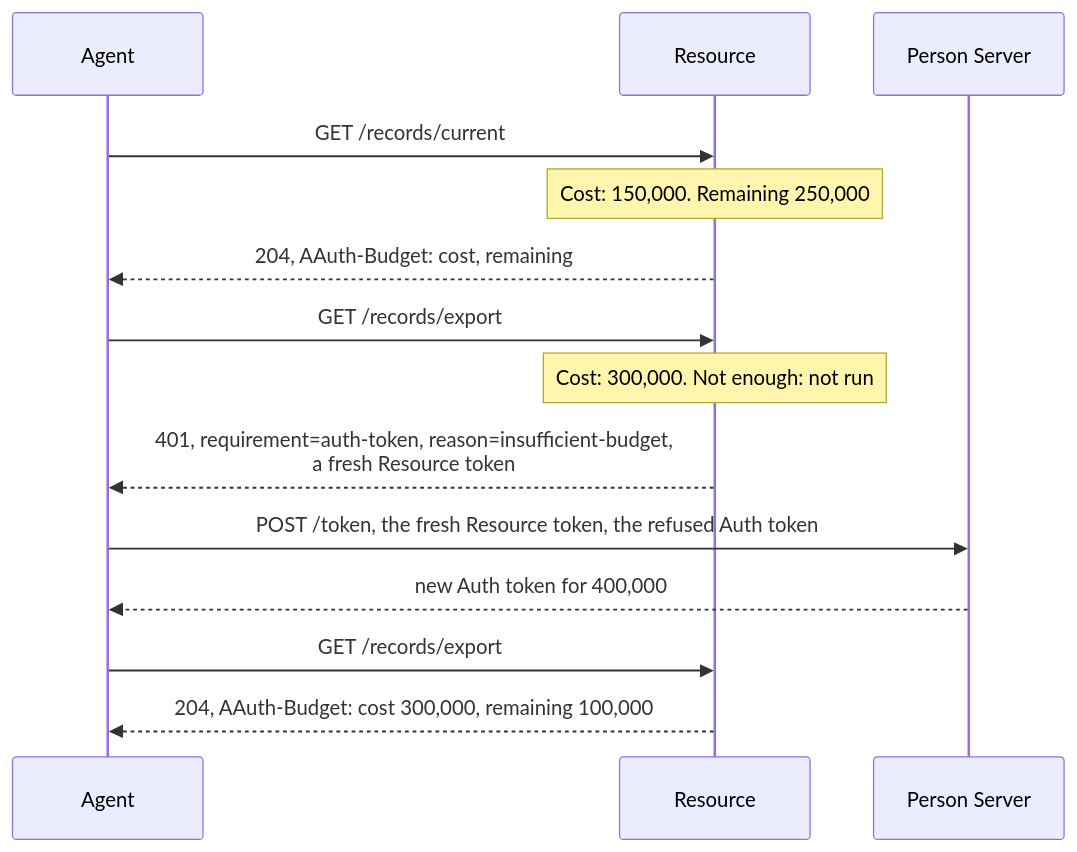
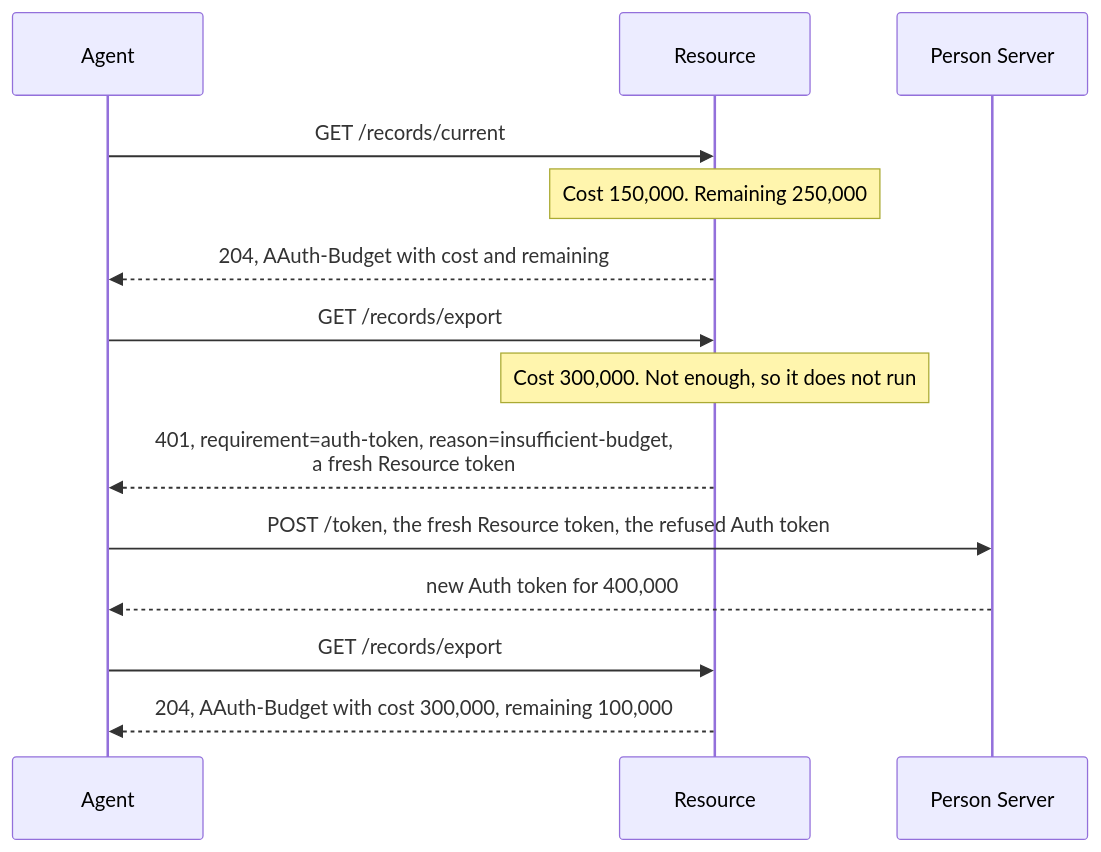
One commit to sidecat-dev/aauth-go changed the diagram in docs/features/budgets.md. Above: the diagram before and after it, drawn with Mermaid. The commit also changed 14 other files, not shown here.

First line of the commit message:
docs: make every mermaid diagram render on GitLab

````diff
--- a/docs/features/budgets.md
+++ b/docs/features/budgets.md
@@ -20,16 +20,16 @@
 ```mermaid
 sequenceDiagram
     participant Agent
     participant Resource
     participant PS as Person Server
-    Agent->>Resource: GET /records/current
-    Note over Resource: Cost: 150,000. Remaining 250,000
-    Resource-->>Agent: 204, AAuth-Budget: cost, remaining
-    Agent->>Resource: GET /records/export
-    Note over Resource: Cost: 300,000. Not enough: not run
-    Resource-->>Agent: 401, requirement=auth-token, reason=insufficient-budget,<br/>a fresh Resource token
-    Agent->>PS: POST /token, the fresh Resource token, the refused Auth token
-    PS-->>Agent: new Auth token for 400,000
-    Agent->>Resource: GET /records/export
-    Resource-->>Agent: 204, AAuth-Budget: cost 300,000, remaining 100,000
+    Agent->>Resource : GET /records/current
+    Note over Resource : Cost 150,000. Remaining 250,000
+    Resource-->>Agent : 204, AAuth-Budget with cost and remaining
+    Agent->>Resource : GET /records/export
+    Note over Resource : Cost 300,000. Not enough, so it does not run
+    Resource-->>Agent : 401, requirement=auth-token, reason=insufficient-budget,<br/>a fresh Resource token
+    Agent->>PS : POST /token, the fresh Resource token, the refused Auth token
+    PS-->>Agent : new Auth token for 400,000
+    Agent->>Resource : GET /records/export
+    Resource-->>Agent : 204, AAuth-Budget with cost 300,000, remaining 100,000
 ```
````
